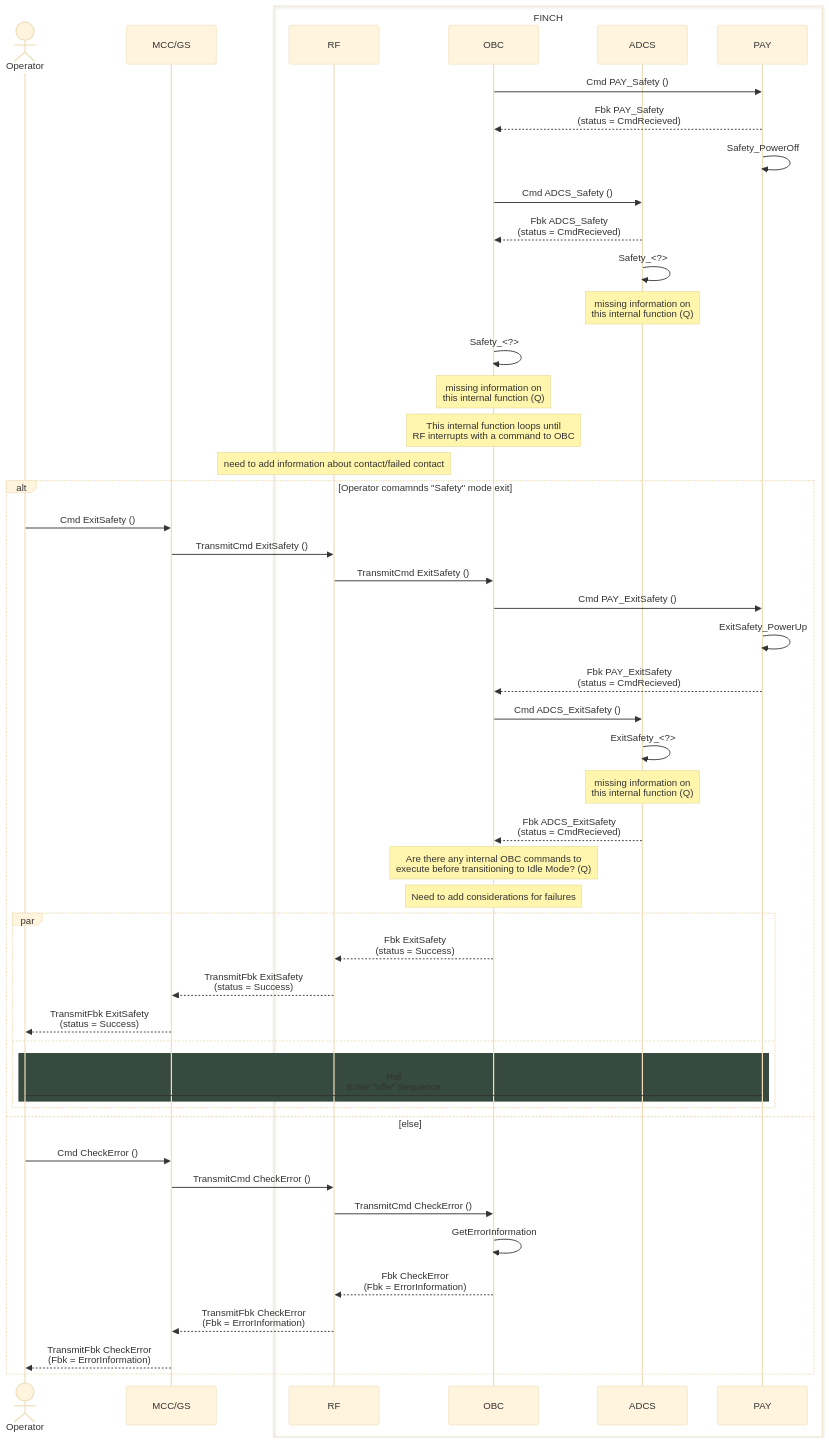
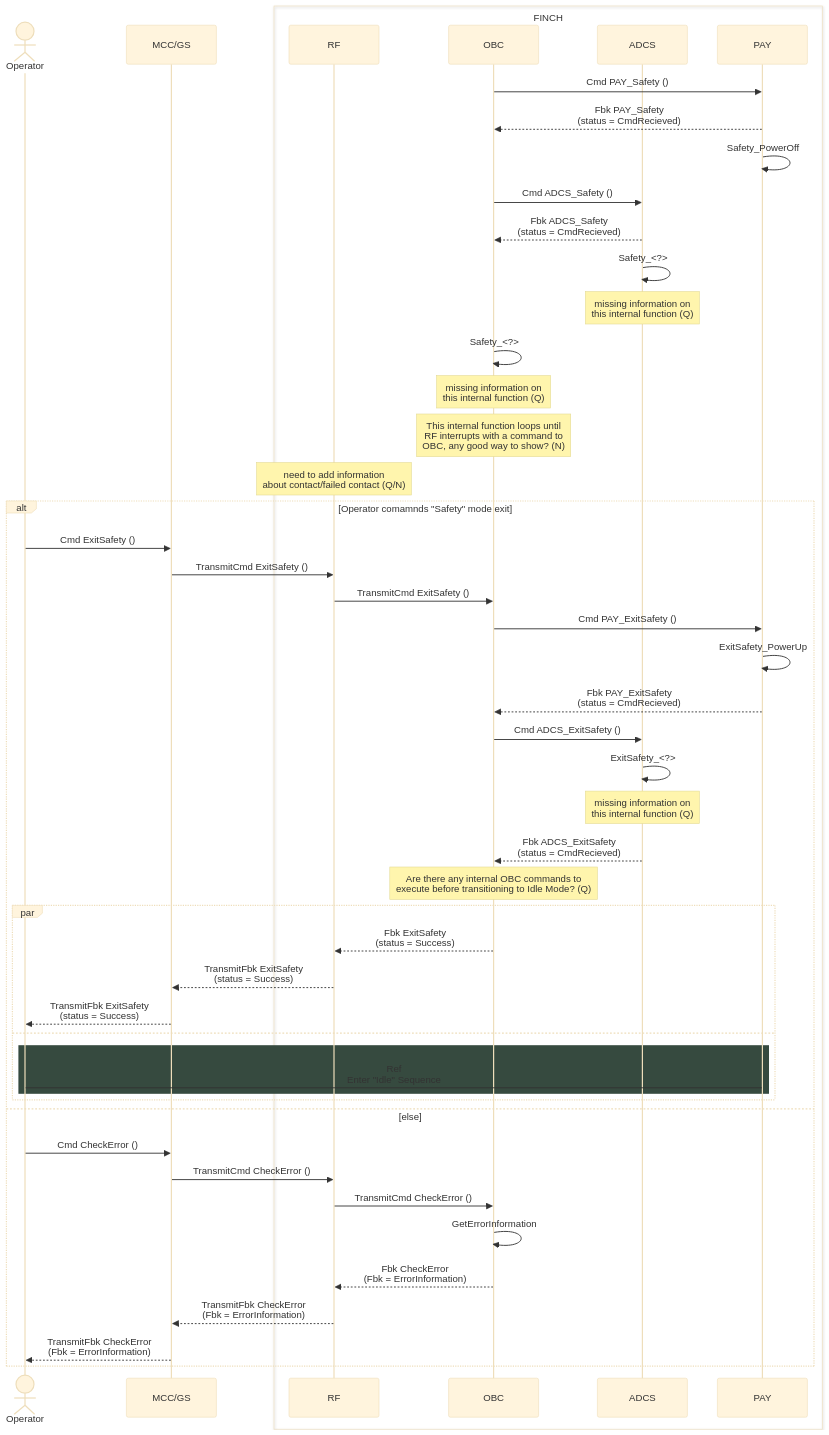
The diagram in command sequences/safety-command.md (Addy-lit/FINCH-system-architecture), drawn with Mermaid (base theme) before and after one commit.

````diff
--- a/command sequences/safety-command.md
+++ b/command sequences/safety-command.md
@@ -2,62 +2,61 @@
 ```mermaid
 sequenceDiagram
     Actor Operator
     participant MCC/GS
     box FINCH
 	participant RF
     	participant OBC
     	participant ADCS
     	participant PAY
 	end
 
     OBC ->> PAY: Cmd PAY_Safety ()
     PAY -->> OBC: Fbk PAY_Safety <br> (status = CmdRecieved)
     PAY ->> PAY: Safety_PowerOff
   
     OBC ->> ADCS: Cmd ADCS_Safety ()
     ADCS -->> OBC: Fbk ADCS_Safety <br> (status = CmdRecieved)
     ADCS ->> ADCS: Safety_<?>
     note over ADCS: missing information on <br> this internal function (Q)
 
 
     OBC ->> OBC: Safety_<?>
     note over OBC: missing information on <br> this internal function (Q)
-    note over OBC: This internal function loops until <br> RF interrupts with a command to OBC
+    note over OBC: This internal function loops until <br> RF interrupts with a command to <br> OBC, any good way to show? (N)
 	
-	note over RF: need to add information about contact/failed contact
+	note over RF: need to add information <br> about contact/failed contact (Q/N)
 	alt Operator comamnds "Safety" mode exit
         Operator ->> MCC/GS: Cmd ExitSafety ()
 	MCC/GS ->> RF: TransmitCmd ExitSafety ()
 	RF ->> OBC: TransmitCmd ExitSafety ()
 
         OBC ->> PAY: Cmd PAY_ExitSafety ()
         PAY ->> PAY: ExitSafety_PowerUp
         PAY -->> OBC: Fbk PAY_ExitSafety <br> (status = CmdRecieved)
   
         OBC ->> ADCS: Cmd ADCS_ExitSafety ()
         ADCS ->> ADCS: ExitSafety_<?>
         note over ADCS: missing information on <br> this internal function (Q)
         ADCS -->> OBC: Fbk ADCS_ExitSafety <br> (status = CmdRecieved)
 
 		note over OBC: Are there any internal OBC commands to <br> execute before transitioning to Idle Mode? (Q)
-		note over OBC: Need to add considerations for failures
 
 		par
 			OBC -->> RF: Fbk ExitSafety <br> (status = Success)
 			RF -->> MCC/GS: TransmitFbk ExitSafety <br> (status = Success)
 			MCC/GS -->> Operator: TransmitFbk ExitSafety <br> (status = Success)
 		and
 			rect rgb(54,74,63)
 				Operator -> PAY: Ref <br/> Enter "Idle" Sequence
 			end
 		end
 	else else
 		Operator ->> MCC/GS: Cmd CheckError ()
 		MCC/GS ->> RF: TransmitCmd CheckError ()
 		RF ->> OBC: TransmitCmd CheckError ()
 		OBC ->> OBC: GetErrorInformation
 		OBC -->> RF: Fbk CheckError <br> (Fbk = ErrorInformation)
 		RF -->> MCC/GS: TransmitFbk CheckError <br> (Fbk = ErrorInformation)
 		MCC/GS -->> Operator: TransmitFbk CheckError <br> (Fbk = ErrorInformation)
 	end
 ```
````
